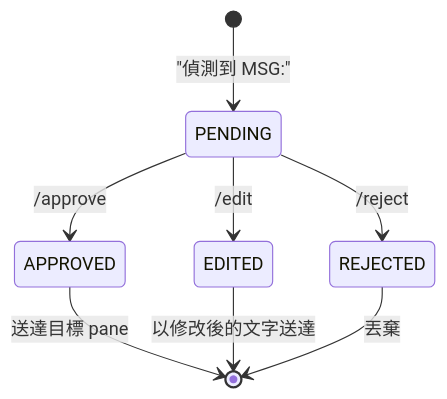
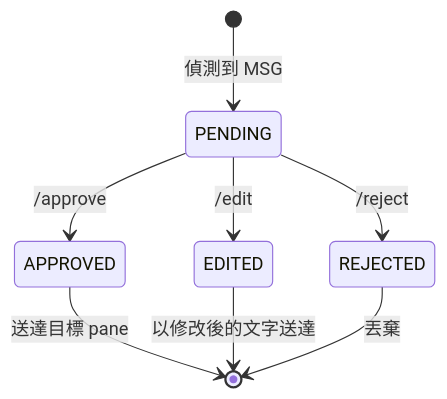
One commit to pingqLIN/terminal-bridge-v2 changed the second of 3 diagrams in README.zh-TW.md. Above: the diagram before and after it, drawn with Mermaid. The commit also changed other lines of this file and 1 other file, not shown here.

Commit message:
docs: fix Mermaid rendering errors in README files

````diff
--- a/README.zh-TW.md
+++ b/README.zh-TW.md
@@ -166,10 +166,10 @@
 ```mermaid
 stateDiagram-v2
-    [*] --> PENDING: "偵測到 MSG:"
+    [*] --> PENDING: 偵測到 MSG
     PENDING --> APPROVED: /approve
     PENDING --> EDITED: /edit
     PENDING --> REJECTED: /reject
     APPROVED --> [*]: 送達目標 pane
     EDITED --> [*]: 以修改後的文字送達
     REJECTED --> [*]: 丟棄
 ```
````
